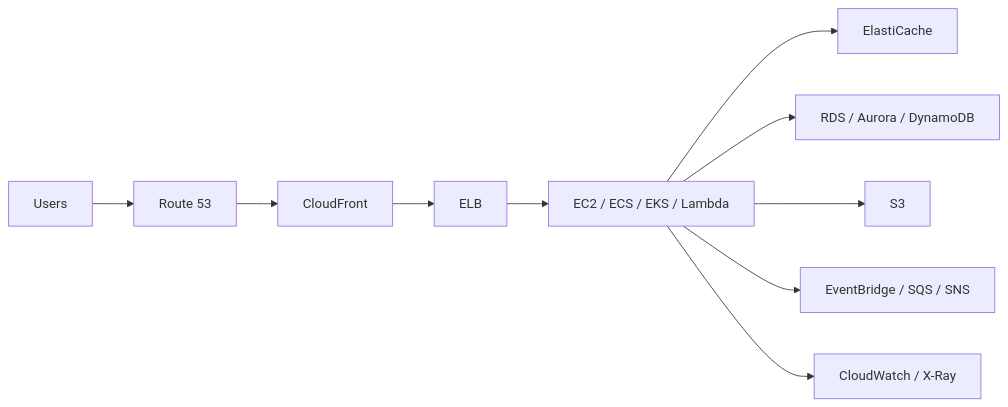
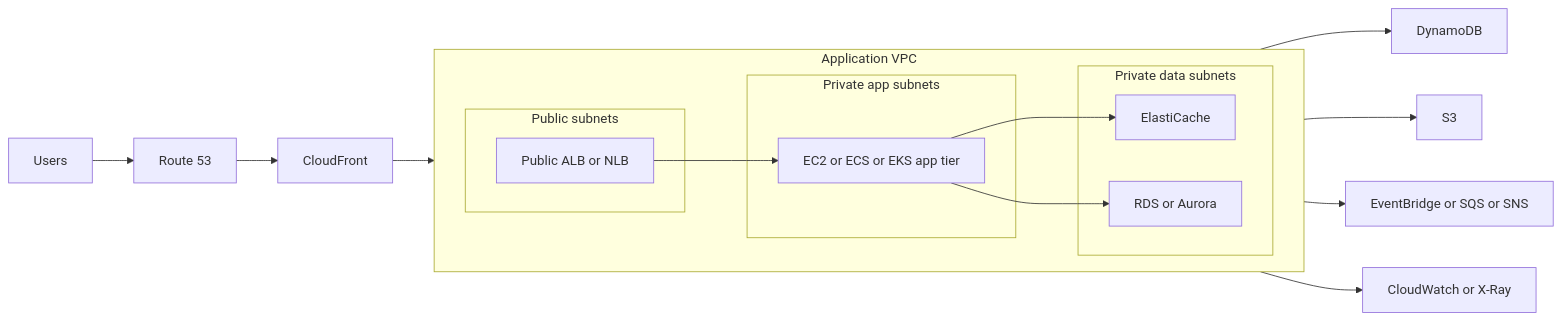
The second of 2 diagrams in 00 - AWS SAP-C02 Knowledge Hub.md (rooneyviet/aws-learning-obsidian), drawn with Mermaid before and after one commit. The commit also changed 7 other files, not shown here.

````diff
--- a/00 - AWS SAP-C02 Knowledge Hub.md
+++ b/00 - AWS SAP-C02 Knowledge Hub.md
@@ -140,12 +140,31 @@
 ```mermaid
 flowchart LR
     U[Users] --> R53[Route 53]
     R53 --> CF[CloudFront]
-    CF --> ALB[ELB]
-    ALB --> APP[EC2 / ECS / EKS / Lambda]
-    APP --> CACHE[ElastiCache]
-    APP --> DB[RDS / Aurora / DynamoDB]
+
+    subgraph VPC["Application VPC"]
+        direction LR
+
+        subgraph Public["Public subnets"]
+            ALB[Public ALB or NLB]
+        end
+
+        subgraph PrivateApp["Private app subnets"]
+            APP[EC2 or ECS or EKS app tier]
+        end
+
+        subgraph PrivateData["Private data subnets"]
+            CACHE[ElastiCache]
+            RDS[RDS or Aurora]
+        end
+    end
+
+    CF --> ALB
+    ALB --> APP
+    APP --> CACHE
+    APP --> RDS
+    APP --> DDB[DynamoDB]
     APP --> S3[S3]
-    APP --> EV[EventBridge / SQS / SNS]
-    APP --> CW[CloudWatch / X-Ray]
+    APP --> EV[EventBridge or SQS or SNS]
+    APP --> CW[CloudWatch or X-Ray]
 ```
````
